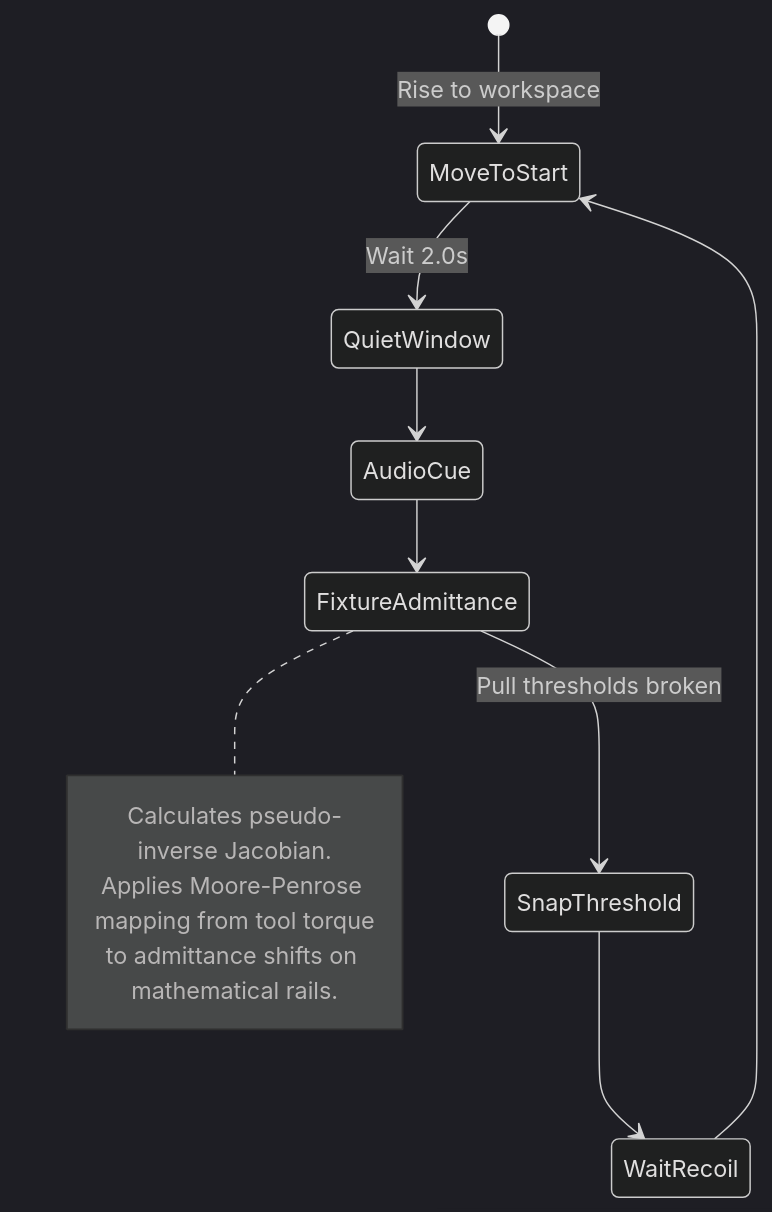
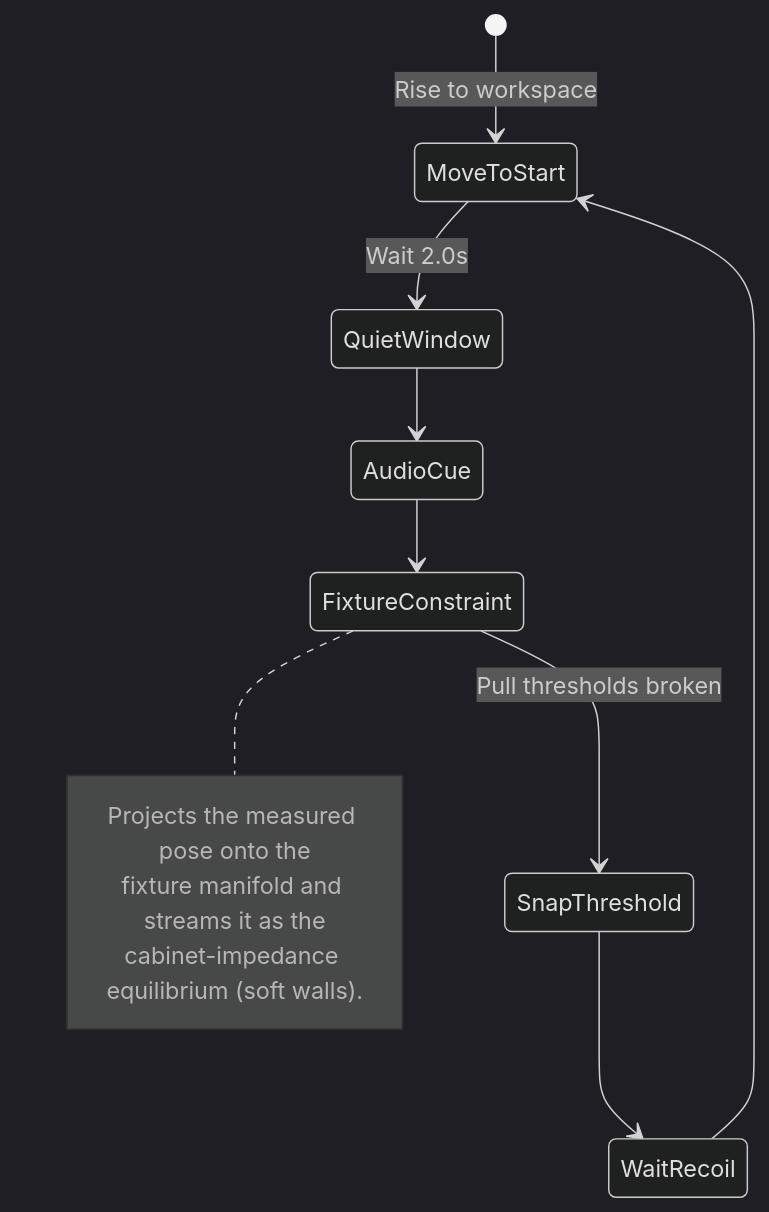
The fourth of 5 diagrams in README.md (sinthlab/sinthlab-kuka-stack), drawn with Mermaid (dark theme) before and after one commit. The commit also changed other lines of this file and 5 other files, not shown here.

````diff
--- a/README.md
+++ b/README.md
@@ -344,15 +389,15 @@
 ```mermaid
 stateDiagram-v2
     [*] --> MoveToStart : Rise to workspace
     MoveToStart --> QuietWindow : Wait 2.0s
     QuietWindow --> AudioCue
-    AudioCue --> FixtureAdmittance
-    note right of FixtureAdmittance
-      Calculates pseudo-inverse Jacobian.
-      Applies Moore-Penrose mapping from tool torque
-      to admittance shifts on mathematical rails.
+    AudioCue --> FixtureConstraint
+    note right of FixtureConstraint
+      Projects the measured pose onto the
+      fixture manifold and streams it as the
+      cabinet-impedance equilibrium (soft walls).
     end note
-    FixtureAdmittance --> SnapThreshold : Pull thresholds broken
+    FixtureConstraint --> SnapThreshold : Pull thresholds broken
     SnapThreshold --> WaitRecoil
     WaitRecoil --> MoveToStart
 ```
````
